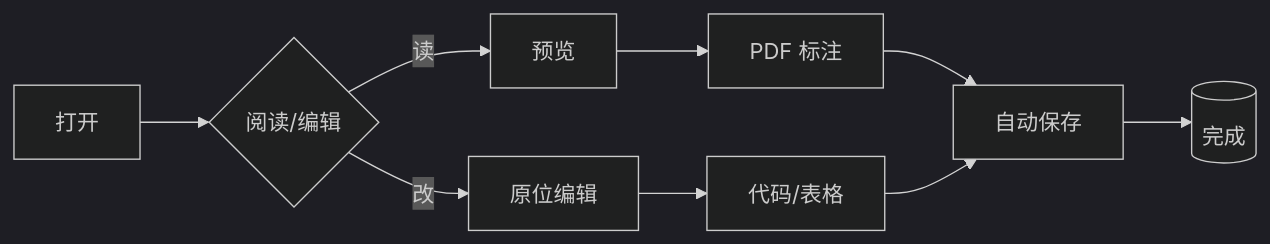
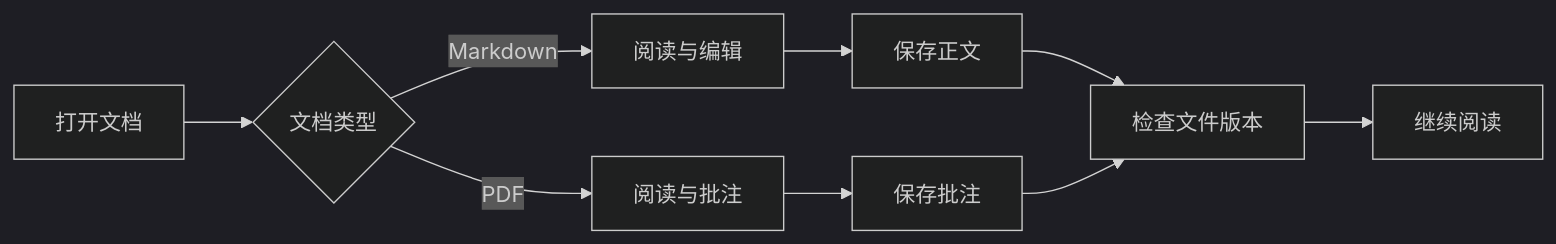
Before and after one commit to ghostLLC/StuartMD: the diagram in samples/欢迎使用 StuartMD.md, drawn with Mermaid (dark theme). The commit also changed other lines of this file and 354 other files, not shown here.

Commit message:
3.5.11：完善文档保存、PDF、Mermaid 和 DeepSeek 工作流

````diff
--- a/samples/欢迎使用 StuartMD.md
+++ b/samples/欢迎使用 StuartMD.md
@@ -78,11 +26,11 @@
 ```mermaid
 flowchart LR
-  A[打开] --> B{阅读/编辑}
-  B -->|读| C[预览]
-  B -->|改| D[原位编辑]
-  C --> E[PDF 标注]
-  D --> F[代码/表格]
-  E --> I[自动保存]
-  F --> I
-  I --> J[(完成)]
+  A[打开文档] --> B{文档类型}
+  B -->|Markdown| C[阅读与编辑]
+  B -->|PDF| D[阅读与批注]
+  C --> E[保存正文]
+  D --> F[保存批注]
+  E --> G[检查文件版本]
+  F --> G
+  G --> H[继续阅读]
 ```
````
